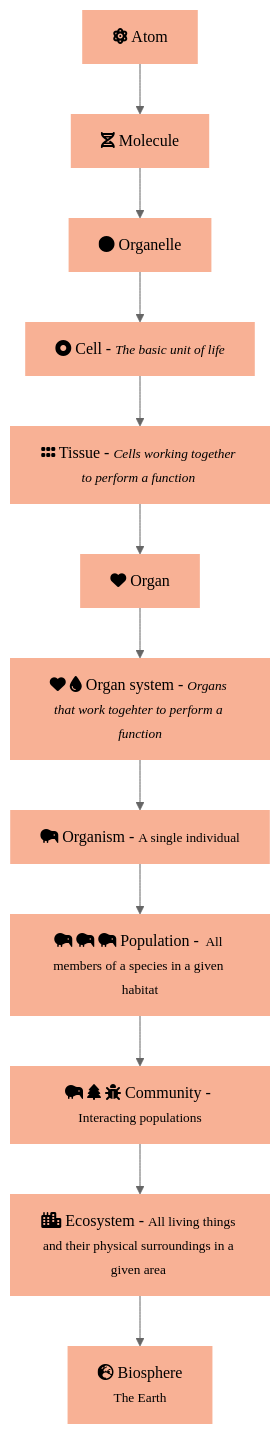
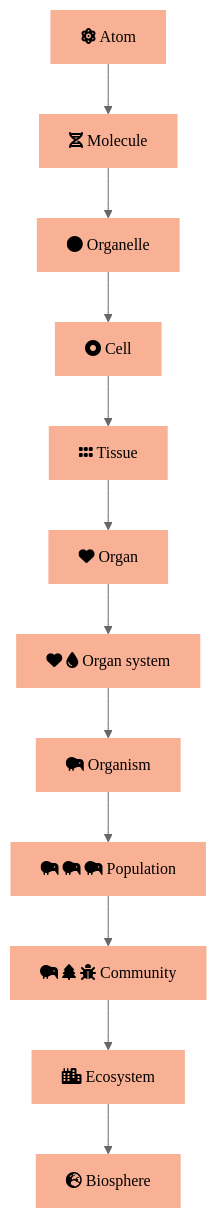
One commit to el-uhu/el-uhu-website changed the diagram in content/teaching/ilos/bio-grade-5.md. Above: the diagram before and after it, drawn with Mermaid (neutral theme). The commit also changed other lines of this file and 14 other files, not shown here.

```diff
--- a/content/teaching/ilos/bio-grade-5.md
+++ b/content/teaching/ilos/bio-grade-5.md
@@ -22,17 +38,17 @@
 {{<mermaid>}}
 graph TD
-      B-->A[fas:fa-globe-europe Biosphere</br><small>The Earth</small>]
-      C-->B[fas:fa-city Ecosystem - <small>All living things and their physical surroundings in a given area </small>]
-      D-->C[fas:fa-kiwi-bird fas:fa-tree fas:fa-bug Community - <small>Interacting populations</small>]
-      E-->D[fas:fa-kiwi-bird fas:fa-kiwi-bird fas:fa-kiwi-bird Population - <small> All members of a species in a given habitat</small>]
-      F-->E[fas:fa-kiwi-bird Organism - <small>A single individual</small>]
-      G-->F[fas:fa-heart fas:fa-tint Organ system - <small><i>Organs that work togehter to perform a function</i></small>]
+      B-->A[fas:fa-globe-europe Biosphere]
+      C-->B[fas:fa-city Ecosystem]
+      D-->C[fas:fa-kiwi-bird fas:fa-tree fas:fa-bug Community]
+      E-->D[fas:fa-kiwi-bird fas:fa-kiwi-bird fas:fa-kiwi-bird Population]
+      F-->E[fas:fa-kiwi-bird Organism]
+      G-->F[fas:fa-heart fas:fa-tint Organ system]
       H-->G[fas:fa-heart Organ]
-      I-->H[fas:fa-grip-horizontal Tissue - <small><i>Cells working together to perform a function </i></small>]
-      J-->I[fas:fa-dot-circle Cell - <small><i>The basic unit of life </i></small>]
+      I-->H[fas:fa-grip-horizontal Tissue]
+      J-->I[fas:fa-dot-circle Cell]
       K-->J[fas:fa-circle Organelle]
       L[fas:fa-atom Atom]-->K[fas:fa-dna Molecule]
 
       class A,B,C,D,E,F,G,H,I,J,K,L myNodes;
       classDef myNodes stroke-width:0px,font-family:Source Code Pro,font-weight:400, fill:#F8B195;
 {{</mermaid>}}
```
